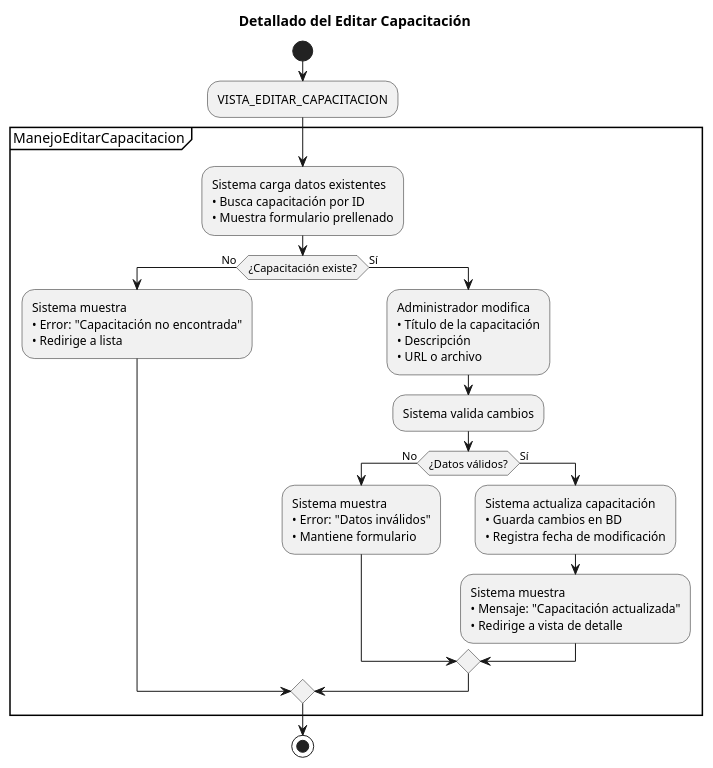
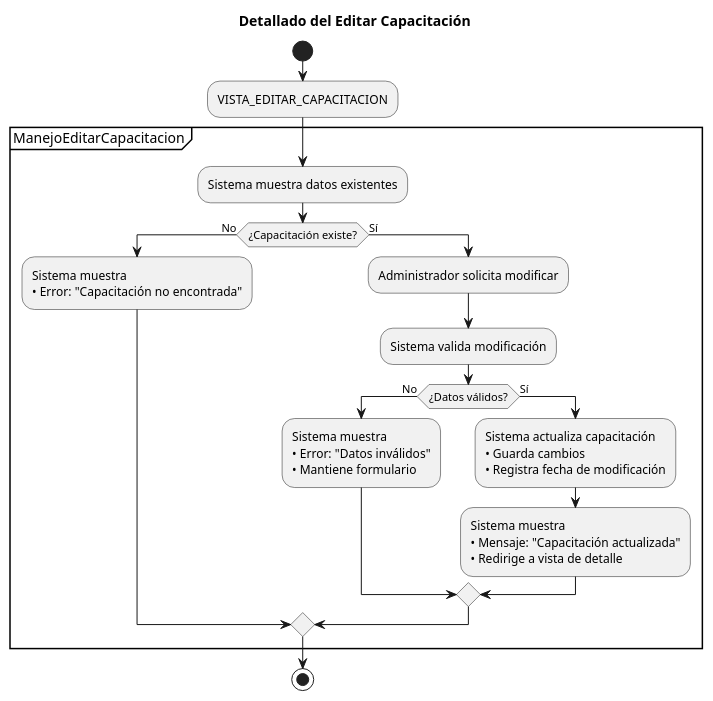
Before and after one commit to Dievex/24-25-IdSw1-SDR: the diagram in casos_de_uso/diagramas_casos_de_uso_detallados/editar_capacitacion.puml, drawn with PlantUML. The commit also changed 2 other files, not shown here.

Commit message:
refactor(use-case-diagrams): simplify use case diagrams by removing implementation details

```diff
--- a/casos_de_uso/diagramas_casos_de_uso_detallados/editar_capacitacion.puml
+++ b/casos_de_uso/diagramas_casos_de_uso_detallados/editar_capacitacion.puml
@@ -1,48 +1,42 @@
 @startuml
 title Detallado del Editar Capacitación
 
 start
 
 :VISTA_EDITAR_CAPACITACION;
 
 partition ManejoEditarCapacitacion {
   
-  :Sistema carga datos existentes
-  • Busca capacitación por ID
-  • Muestra formulario prellenado;
+  :Sistema muestra datos existentes;
   
   if (¿Capacitación existe?) then (No)
     :Sistema muestra
-    • Error: "Capacitación no encontrada"
-    • Redirige a lista;
+    • Error: "Capacitación no encontrada";
     
   else (Sí)
-    :Administrador modifica
-    • Título de la capacitación
-    • Descripción
-    • URL o archivo;
+    :Administrador solicita modificar;
     
-    :Sistema valida cambios;
+    :Sistema valida modificación;
     
     if (¿Datos válidos?) then (No)
       :Sistema muestra
       • Error: "Datos inválidos"
       • Mantiene formulario;
       
     else (Sí)
       :Sistema actualiza capacitación
-      • Guarda cambios en BD
+      • Guarda cambios
       • Registra fecha de modificación;
       
       :Sistema muestra
       • Mensaje: "Capacitación actualizada"
       • Redirige a vista de detalle;
       
     endif
     
   endif
   
 }
 
 stop
 @enduml
```
